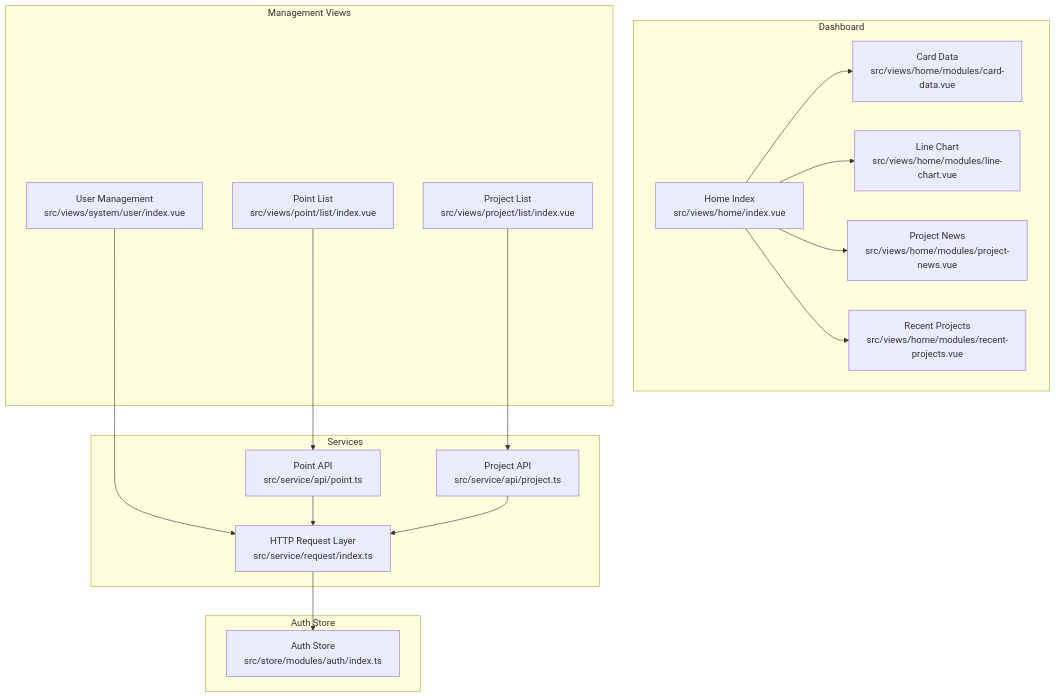
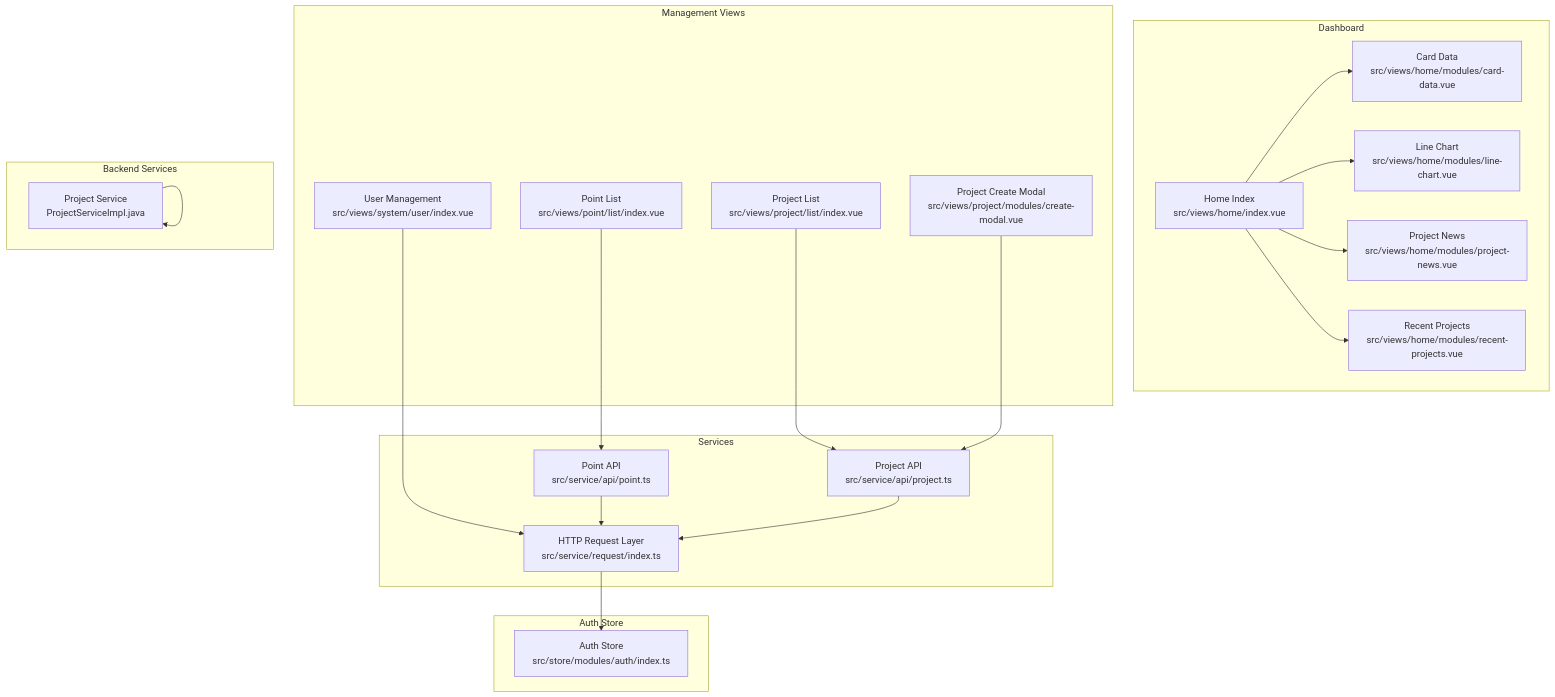
Before and after one commit to bo961386926/Survey-App: the first of 8 diagrams in .qoder/repowiki/en/content/Desktop Admin Interface/Desktop Admin Interface.md, drawn with Mermaid. The commit also changed other lines of this file and 7 other files, not shown here.

````diff
--- a/.qoder/repowiki/en/content/Desktop Admin Interface/Desktop Admin Interface.md
+++ b/.qoder/repowiki/en/content/Desktop Admin Interface/Desktop Admin Interface.md
@@ -43,33 +55,39 @@
 ```mermaid
 graph TB
 subgraph "Dashboard"
 Home["Home Index<br/>src/views/home/index.vue"]
 Cards["Card Data<br/>src/views/home/modules/card-data.vue"]
 LineChart["Line Chart<br/>src/views/home/modules/line-chart.vue"]
 News["Project News<br/>src/views/home/modules/project-news.vue"]
 Recents["Recent Projects<br/>src/views/home/modules/recent-projects.vue"]
 end
 subgraph "Management Views"
 Points["Point List<br/>src/views/point/list/index.vue"]
 Projects["Project List<br/>src/views/project/list/index.vue"]
 Users["User Management<br/>src/views/system/user/index.vue"]
+CreateModal["Project Create Modal<br/>src/views/project/modules/create-modal.vue"]
 end
 subgraph "Services"
 Req["HTTP Request Layer<br/>src/service/request/index.ts"]
 APPoint["Point API<br/>src/service/api/point.ts"]
 APProj["Project API<br/>src/service/api/project.ts"]
 end
 subgraph "Auth Store"
 Auth["Auth Store<br/>src/store/modules/auth/index.ts"]
 end
+subgraph "Backend Services"
+ProjService["Project Service<br/>ProjectServiceImpl.java"]
+end
 Home --> Cards
 Home --> LineChart
 Home --> News
 Home --> Recents
 Points --> APPoint
 Projects --> APProj
 Users --> Req
+CreateModal --> APProj
 APPoint --> Req
 APProj --> Req
 Req --> Auth
+ProjService --> ProjService
 ```
````
